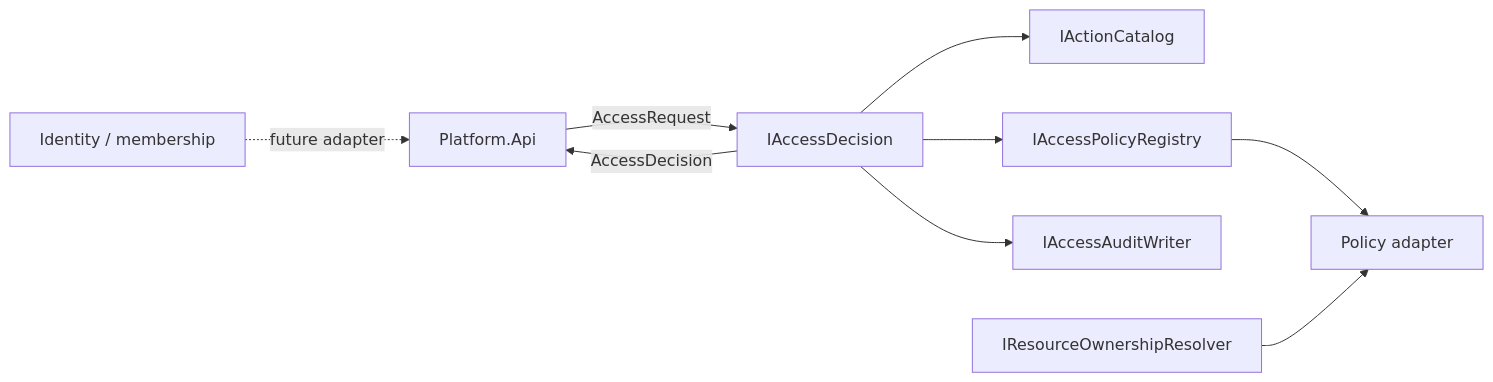
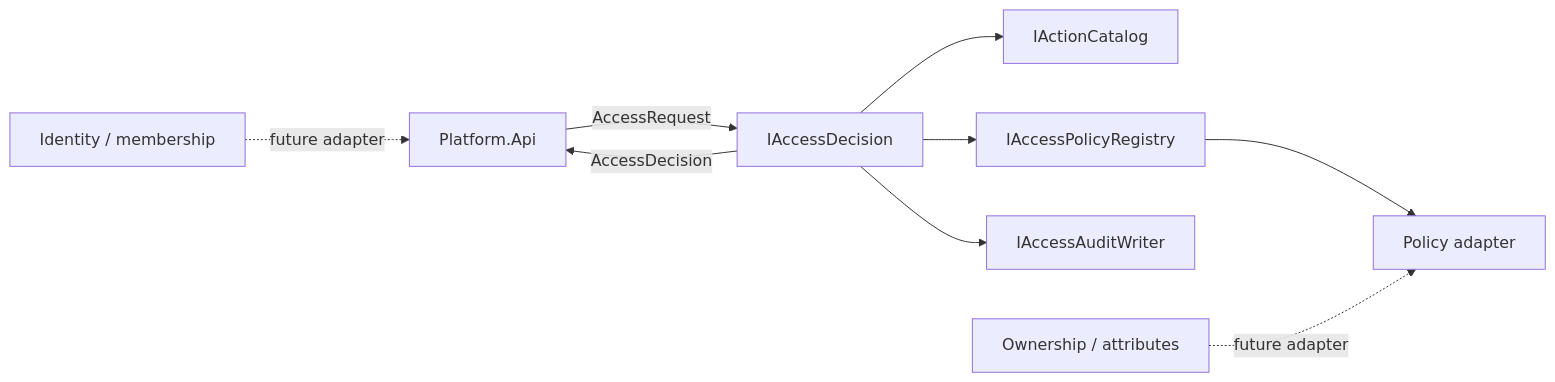
Before and after one commit to djufa762x39/security-lab: the first of 2 diagrams in docs/components/ACC-05-ACC-08.md, drawn with Mermaid. The commit also changed other lines of this file and 363 other files, not shown here.

````diff
--- a/docs/components/ACC-05-ACC-08.md
+++ b/docs/components/ACC-05-ACC-08.md
@@ -109,11 +50,11 @@
 ```mermaid
 flowchart LR
   API[Platform.Api] -->|AccessRequest| DEC[IAccessDecision]
   DEC --> CAT[IActionCatalog]
   DEC --> REG[IAccessPolicyRegistry]
   DEC --> AUD[IAccessAuditWriter]
   REG --> POL[Policy adapter]
   DEC -->|AccessDecision| API
   ID[Identity / membership] -. future adapter .-> API
-  OWN[IResourceOwnershipResolver] --> POL
+  OWN[Ownership / attributes] -. future adapter .-> POL
 ```
````
